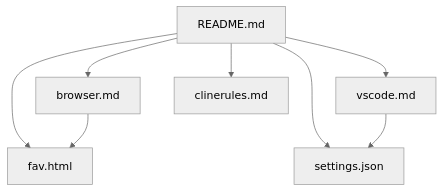
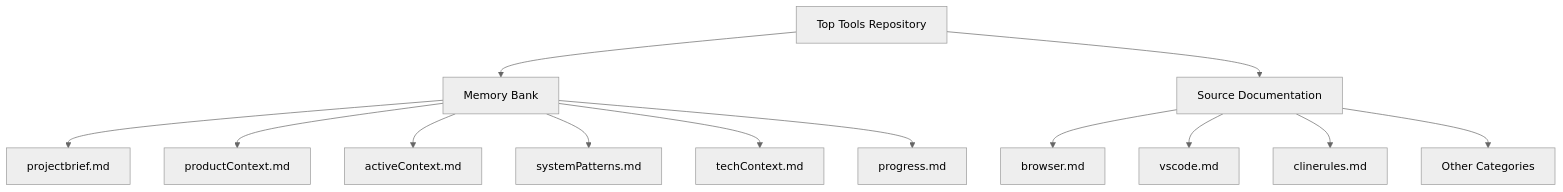
One commit to yy1588133/top-tools changed the first of 2 diagrams in memory-bank/systemPatterns.md. Above: the diagram before and after it, drawn with Mermaid (neutral theme). The commit also changed other lines of this file and 76 other files, not shown here.

````diff
--- a/memory-bank/systemPatterns.md
+++ b/memory-bank/systemPatterns.md
@@ -84,10 +76,15 @@
-   ```mermaid
-   graph TD
-      README[README.md] --> Browser[browser.md]
-      README --> VSCode[vscode.md]
-      README --> Settings[settings.json]
-      README --> Favorites[fav.html]
-      README --> ClineRules[clinerules.md]
-      VSCode --> Settings
-      Browser --> Favorites
-   ```
+```mermaid
+graph TD
+    A[Top Tools Repository] --> B[Memory Bank]
+    A --> C[Source Documentation]
+    B --> D[projectbrief.md]
+    B --> E[productContext.md]
+    B --> F[activeContext.md]
+    B --> G[systemPatterns.md]
+    B --> H[techContext.md]
+    B --> I[progress.md]
+    C --> J[browser.md]
+    C --> K[vscode.md]
+    C --> L[clinerules.md]
+    C --> M[Other Categories]
+```
````
